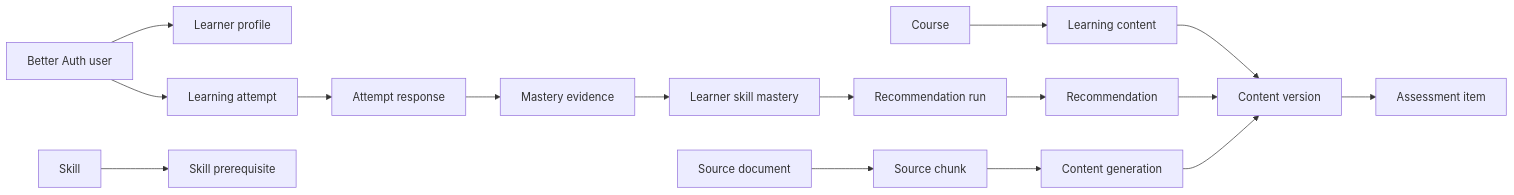
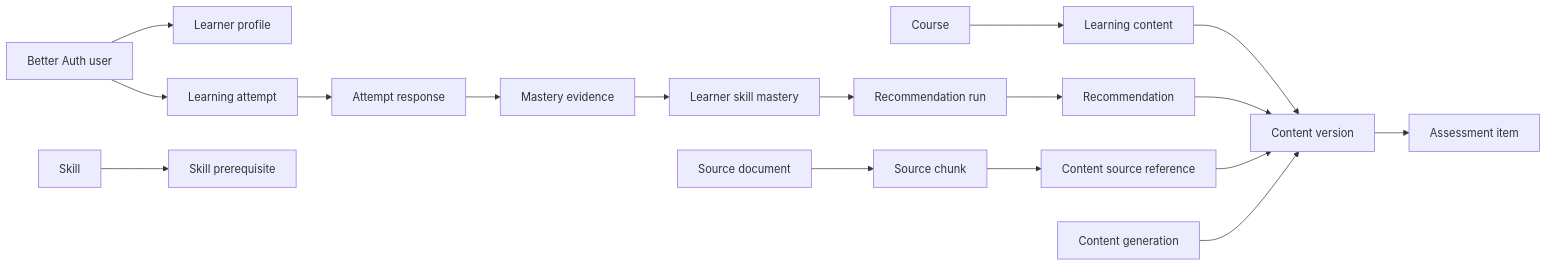
The diagram in docs/technical/database-schema.md (pngocthach/MindBridge), drawn with Mermaid before and after one commit. The commit also changed other lines of this file and 2 other files, not shown here.

Commit message:
fix(db): address schema review feedback (#13)

````diff
--- a/docs/technical/database-schema.md
+++ b/docs/technical/database-schema.md
@@ -25,18 +32,19 @@
 ```mermaid
 flowchart LR
   User[Better Auth user] --> Profile[Learner profile]
   User --> Attempt[Learning attempt]
   Course --> Content[Learning content]
   Content --> Version[Content version]
   Version --> Question[Assessment item]
   Attempt --> Response[Attempt response]
   Response --> Evidence[Mastery evidence]
   Evidence --> Mastery[Learner skill mastery]
   Skill --> Prerequisite[Skill prerequisite]
   Mastery --> Run[Recommendation run]
   Run --> Recommendation
   Recommendation --> Version
   Document[Source document] --> Chunk[Source chunk]
-  Chunk --> Generation[Content generation]
-  Generation --> Version
+  Chunk --> Citation[Content source reference]
+  Citation --> Version
+  Generation[Content generation] --> Version
 ```
````
